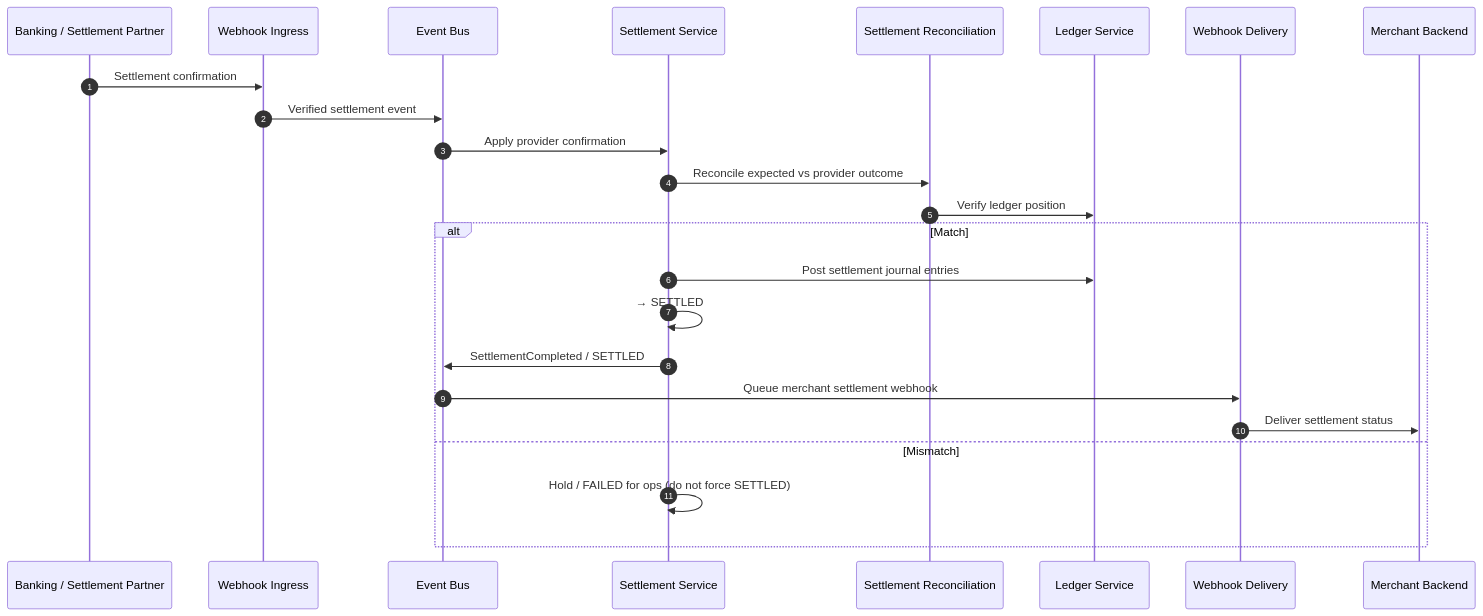
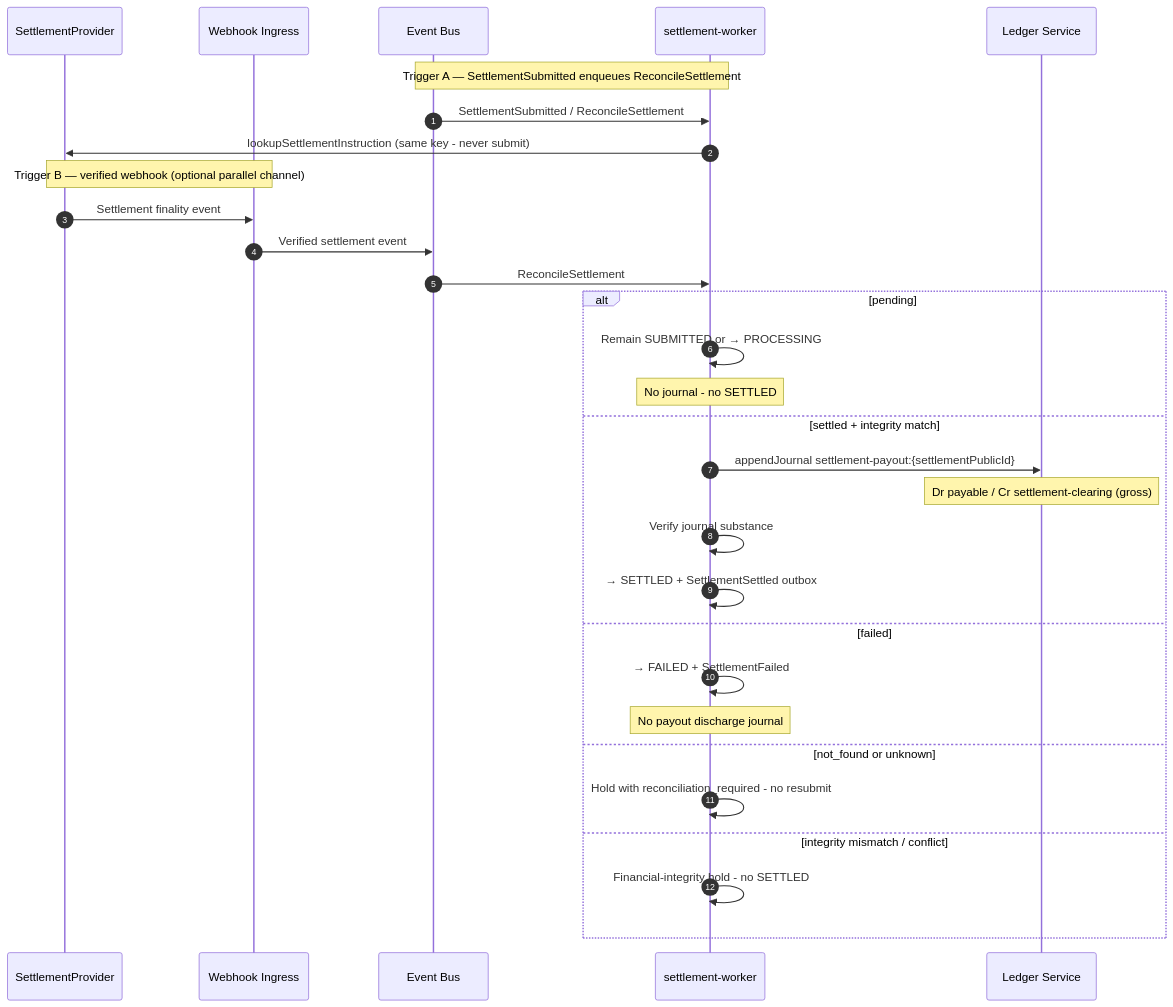
Before and after one commit to MR0808/sparelane-architecture: the first of 2 diagrams in docs/design/money/settlement-confirmation.md, drawn with Mermaid. The commit also changed other lines of this file and 35 other files, not shown here.

Commit message:
Accept ADR-029 settlement finality and payout accounting policy

````diff
--- a/docs/design/money/settlement-confirmation.md
+++ b/docs/design/money/settlement-confirmation.md
@@ -38,27 +45,35 @@
 ```mermaid
 sequenceDiagram
     autonumber
-    participant Bank as Banking / Settlement Partner
+    participant Bank as SettlementProvider
     participant WH as Webhook Ingress
     participant Bus as Event Bus
-    participant SS as Settlement Service
-    participant Rec as Settlement Reconciliation
+    participant SW as settlement-worker
     participant Led as Ledger Service
-    participant WHD as Webhook Delivery
-    participant MBE as Merchant Backend
 
-    Bank->>WH: Settlement confirmation
+    Note over Bus,SW: Trigger A — SettlementSubmitted enqueues ReconcileSettlement
+    Bus->>SW: SettlementSubmitted / ReconcileSettlement
+    SW->>Bank: lookupSettlementInstruction (same key - never submit)
+
+    Note over Bank,WH: Trigger B — verified webhook (optional parallel channel)
+    Bank->>WH: Settlement finality event
     WH->>Bus: Verified settlement event
-    Bus->>SS: Apply provider confirmation
-    SS->>Rec: Reconcile expected vs provider outcome
-    Rec->>Led: Verify ledger position
-    alt Match
-        SS->>Led: Post settlement journal entries
-        SS->>SS: → SETTLED
-        SS->>Bus: SettlementCompleted / SETTLED
-        Bus->>WHD: Queue merchant settlement webhook
-        WHD->>MBE: Deliver settlement status
-    else Mismatch
-        SS->>SS: Hold / FAILED for ops (do not force SETTLED)
+    Bus->>SW: ReconcileSettlement
+
+    alt pending
+        SW->>SW: Remain SUBMITTED or → PROCESSING
+        Note over SW: No journal - no SETTLED
+    else settled + integrity match
+        SW->>Led: appendJournal settlement-payout:{settlementPublicId}
+        Note over Led: Dr payable / Cr settlement-clearing (gross)
+        SW->>SW: Verify journal substance
+        SW->>SW: → SETTLED + SettlementSettled outbox
+    else failed
+        SW->>SW: → FAILED + SettlementFailed
+        Note over SW: No payout discharge journal
+    else not_found or unknown
+        SW->>SW: Hold with reconciliation_required - no resubmit
+    else integrity mismatch / conflict
+        SW->>SW: Financial-integrity hold - no SETTLED
     end
 ```
````
